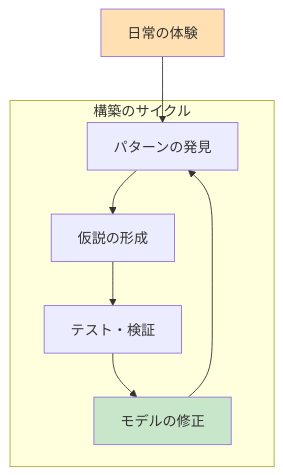
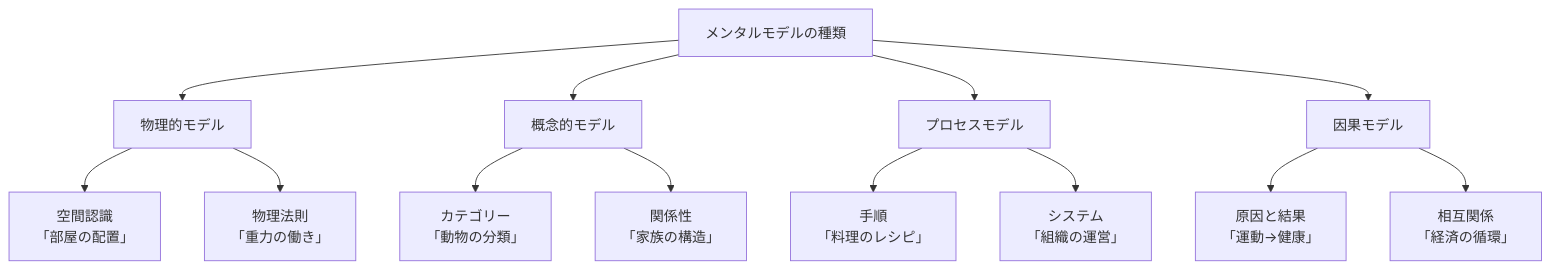
Before and after one commit to SparklingDetergent/doc_genai_mental_model: the sixth of 13 diagrams in README.md, drawn with Mermaid. The commit also changed other lines of this file, not shown here.

````diff
--- a/README.md
+++ b/README.md
@@ -128,18 +139,24 @@
 ```mermaid
-flowchart TD
-    A[日常の体験] --> B[パターンの発見]
-    B --> C[仮説の形成]
-    C --> D[テスト・検証]
-    D --> E[モデルの修正]
-    E --> B
+graph TD
+    A[メンタルモデルの種類] --> B[物理的モデル]
+    A --> C[概念的モデル]
+    A --> D[プロセスモデル]
+    A --> E[因果モデル]
     
-    subgraph "構築のサイクル"
-        B
-        C
-        D
-        E
-    end
+    B --> B1[空間認識<br/>「部屋の配置」]
+    B --> B2[物理法則<br/>「重力の働き」]
     
-    style A fill:#ffe0b2
-    style E fill:#c8e6c9
+    C --> C1[カテゴリー<br/>「動物の分類」]
+    C --> C2[関係性<br/>「家族の構造」]
+    
+    D --> D1[手順<br/>「料理のレシピ」]
+    D --> D2[システム<br/>「組織の運営」]
+    
+    E --> E1[原因と結果<br/>「運動→健康」]
+    E --> E2[相互関係<br/>「経済の循環」]
+    
+    click B1 "#空間認識" "空間認識について"
+    click C1 "#カテゴリー化" "カテゴリー化の仕組み"
+    click D1 "#手順的知識" "手順的知識について"
+    click E1 "#因果関係" "因果関係の理解"
 ```
````
